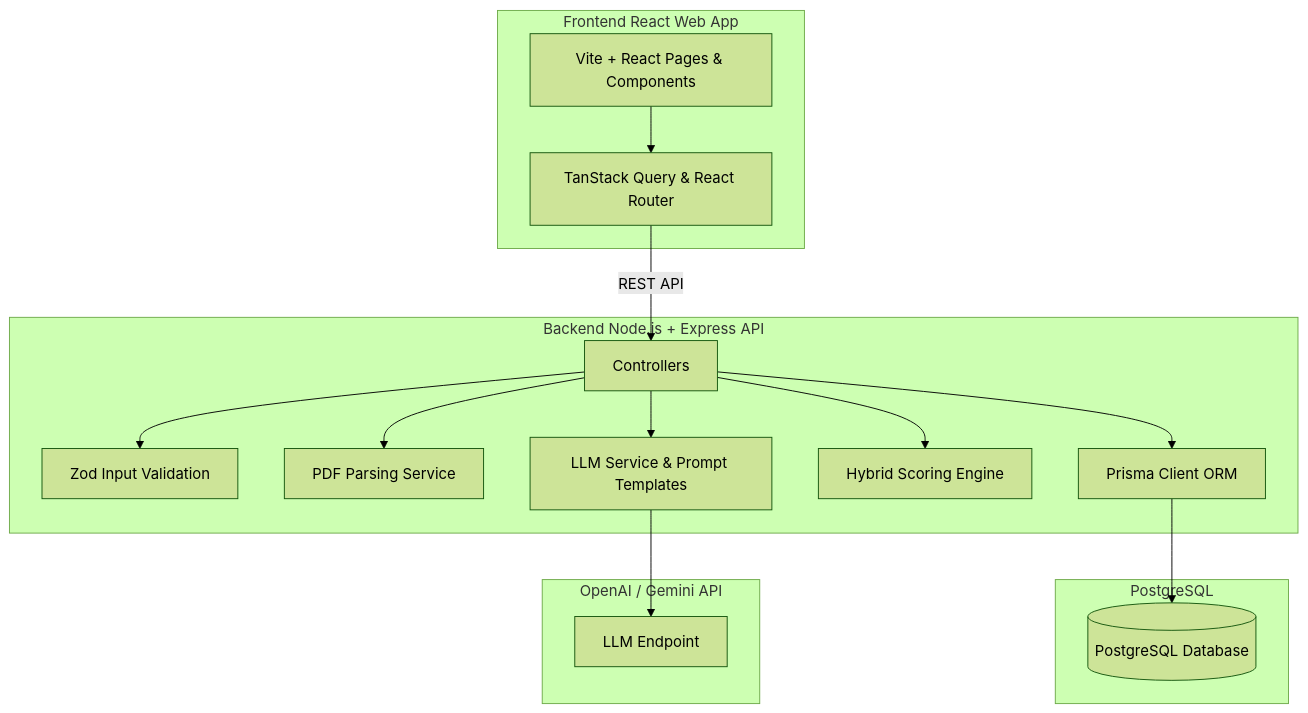
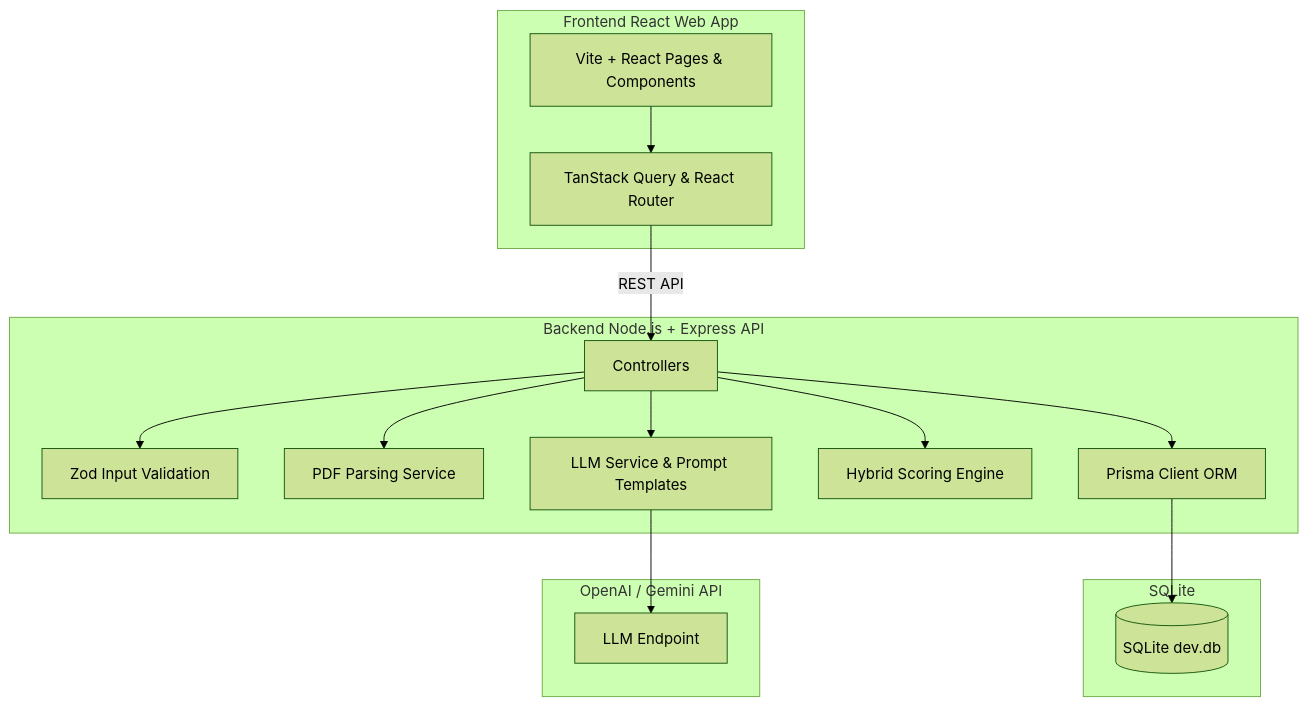
Before and after one commit to abdul9866/Smart-Resume-Screener: the diagram in README.md, drawn with Mermaid (forest theme). The commit also changed other lines of this file, not shown here.

````diff
--- a/README.md
+++ b/README.md
@@ -33,32 +47,32 @@
 ```mermaid
 graph TD
     subgraph Client [Frontend React Web App]
         UI[Vite + React Pages & Components]
         Queries[TanStack Query & React Router]
         UI --> Queries
     end
 
     subgraph Server [Backend Node.js + Express API]
         Ctrl[Controllers]
         Schema[Zod Input Validation]
         Parsing[PDF Parsing Service]
         LLM[LLM Service & Prompt Templates]
         Scoring[Hybrid Scoring Engine]
         Prisma[Prisma Client ORM]
 
         Queries -->|REST API| Ctrl
         Ctrl --> Schema
         Ctrl --> Parsing
         Ctrl --> LLM
         Ctrl --> Scoring
         Ctrl --> Prisma
     end
 
-    subgraph Database [PostgreSQL]
-        Prisma --> DB[(PostgreSQL Database)]
+    subgraph Database [SQLite]
+        Prisma --> DB[(SQLite dev.db)]
     end
     
     subgraph AI [OpenAI / Gemini API]
         LLM --> LLMAPI[LLM Endpoint]
     end
 ```
````
